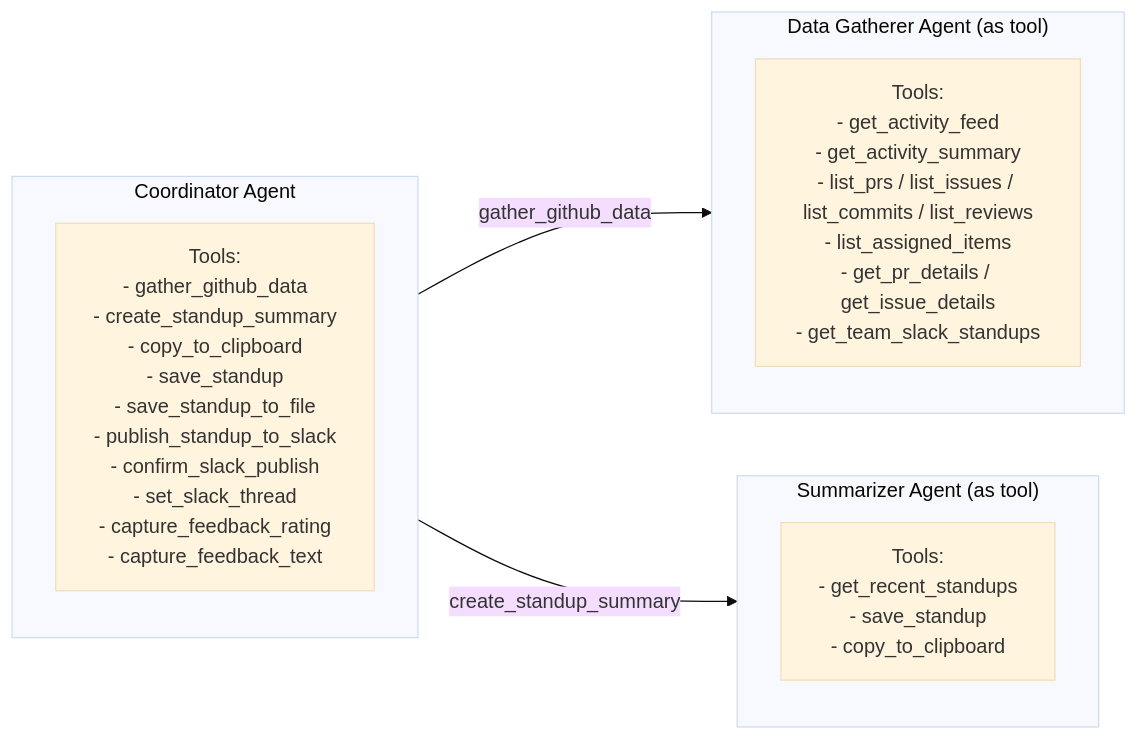
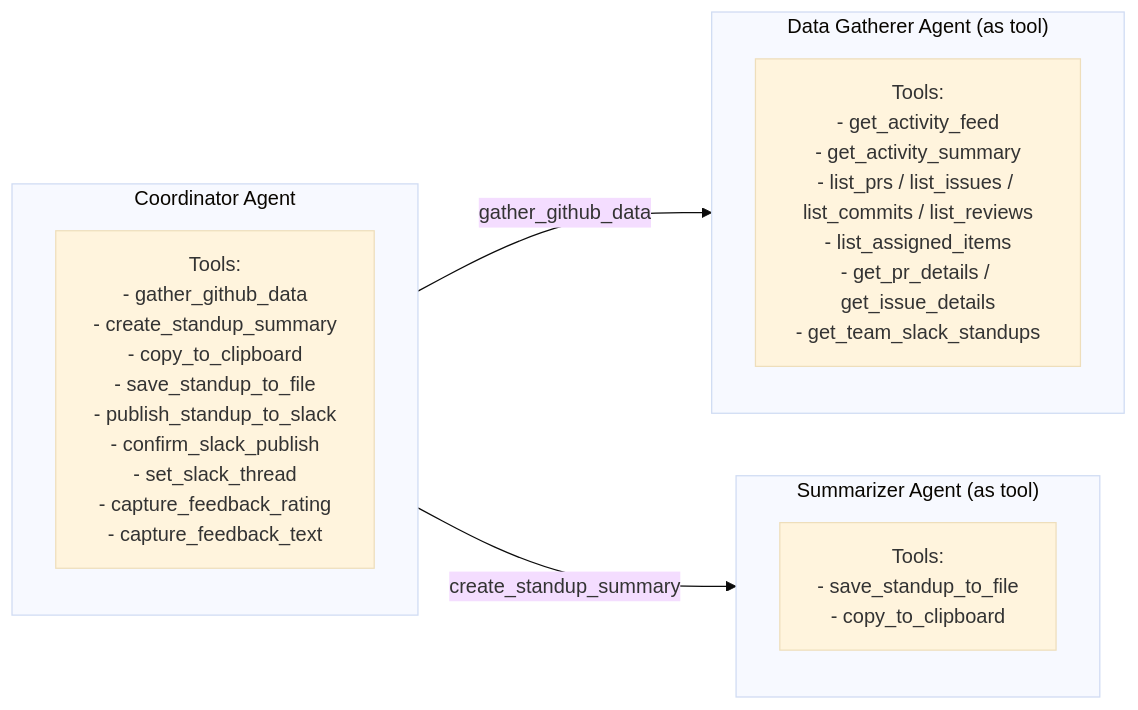
The second of 3 diagrams in ARCHITECTURE.md (andrewm4894/github-standup-agent), drawn with Mermaid (base theme) before and after one commit. The commit also changed other lines of this file and 5 other files, not shown here.

````diff
--- a/ARCHITECTURE.md
+++ b/ARCHITECTURE.md
@@ -80,20 +78,20 @@
 ```mermaid
 flowchart LR
     subgraph Coordinator["Coordinator Agent"]
         direction TB
-        c_tools["Tools:<br/>- gather_github_data<br/>- create_standup_summary<br/>- copy_to_clipboard<br/>- save_standup<br/>- save_standup_to_file<br/>- publish_standup_to_slack<br/>- confirm_slack_publish<br/>- set_slack_thread<br/>- capture_feedback_rating<br/>- capture_feedback_text"]
+        c_tools["Tools:<br/>- gather_github_data<br/>- create_standup_summary<br/>- copy_to_clipboard<br/>- save_standup_to_file<br/>- publish_standup_to_slack<br/>- confirm_slack_publish<br/>- set_slack_thread<br/>- capture_feedback_rating<br/>- capture_feedback_text"]
     end
 
     subgraph DataGatherer["Data Gatherer Agent (as tool)"]
         direction TB
         dg_tools["Tools:<br/>- get_activity_feed<br/>- get_activity_summary<br/>- list_prs / list_issues / list_commits / list_reviews<br/>- list_assigned_items<br/>- get_pr_details / get_issue_details<br/>- get_team_slack_standups"]
     end
 
     subgraph Summarizer["Summarizer Agent (as tool)"]
         direction TB
-        s_tools["Tools:<br/>- get_recent_standups<br/>- save_standup<br/>- copy_to_clipboard"]
+        s_tools["Tools:<br/>- save_standup_to_file<br/>- copy_to_clipboard"]
     end
 
     Coordinator -->|"gather_github_data"| DataGatherer
     Coordinator -->|"create_standup_summary"| Summarizer
 ```
````
